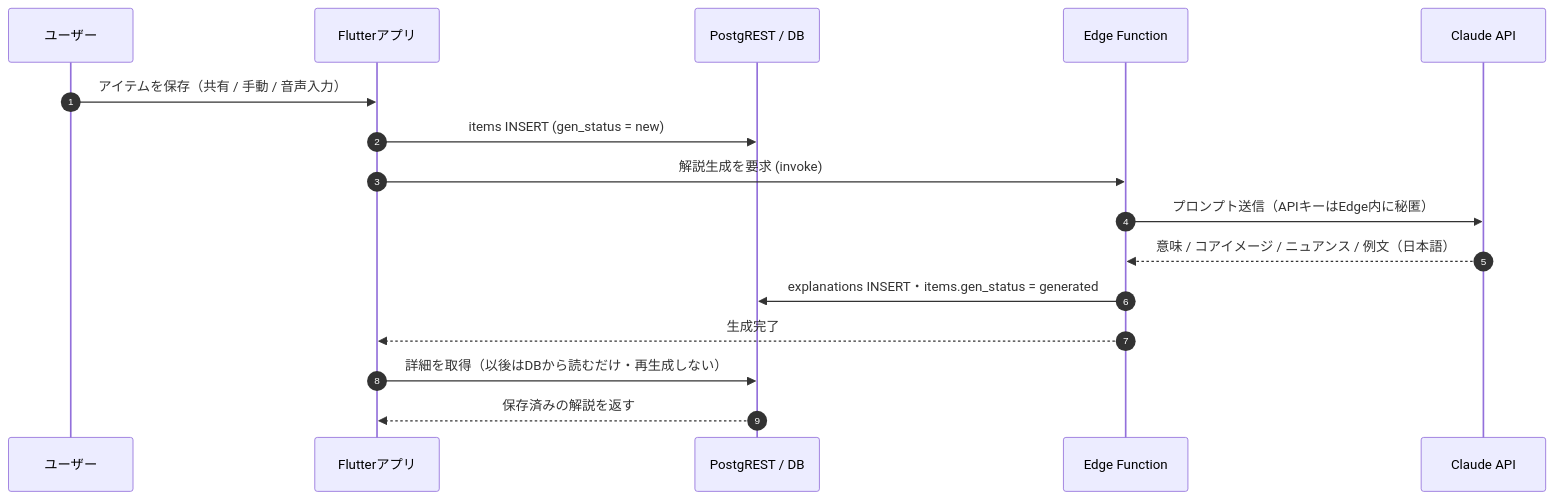
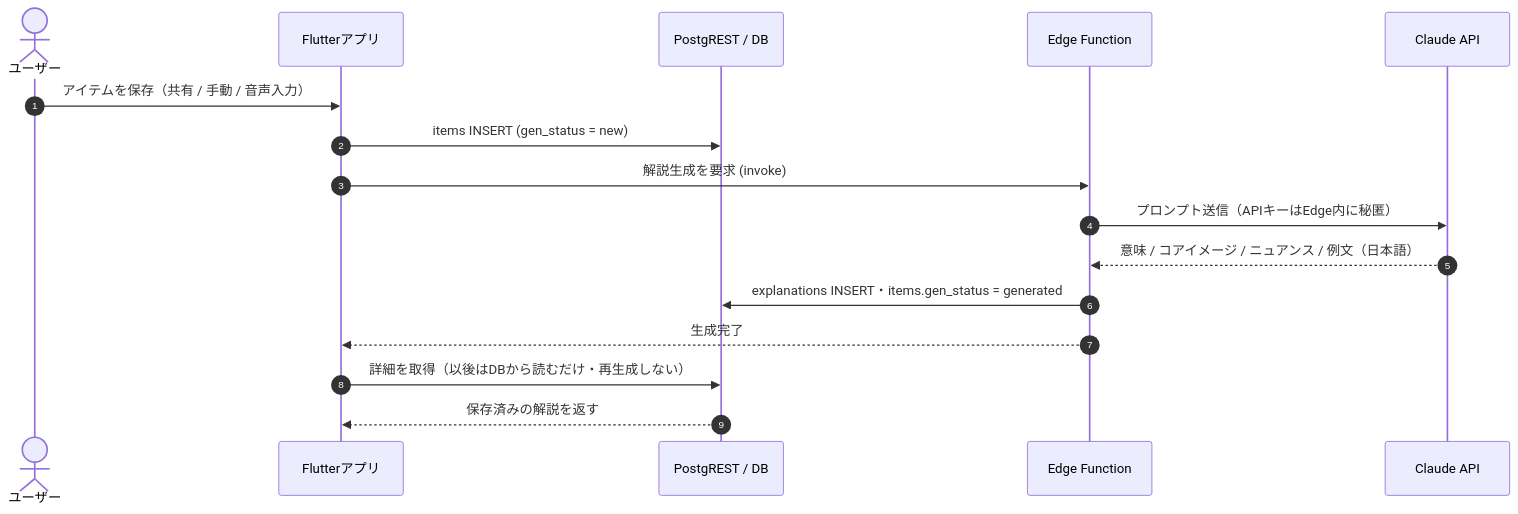
The fourth of 7 diagrams in docs/architecture.md (komikonkon/Rakuku), drawn with Mermaid before and after one commit. The commit also changed other lines of this file and 1 other file, not shown here.

First line of the commit message:
Improve diagrams: color-coding, fewer line crossings, review-friendly layout

````diff
--- a/docs/architecture.md
+++ b/docs/architecture.md
@@ -97,19 +139,19 @@
 ```mermaid
 sequenceDiagram
     autonumber
-    participant U as ユーザー
+    actor U as ユーザー
     participant App as Flutterアプリ
     participant REST as PostgREST / DB
     participant Edge as Edge Function
     participant Claude as Claude API
 
     U->>App: アイテムを保存（共有 / 手動 / 音声入力）
     App->>REST: items INSERT (gen_status = new)
     App->>Edge: 解説生成を要求 (invoke)
     Edge->>Claude: プロンプト送信（APIキーはEdge内に秘匿）
     Claude-->>Edge: 意味 / コアイメージ / ニュアンス / 例文（日本語）
     Edge->>REST: explanations INSERT・items.gen_status = generated
     Edge-->>App: 生成完了
     App->>REST: 詳細を取得（以後はDBから読むだけ・再生成しない）
     REST-->>App: 保存済みの解説を返す
 ```
````
